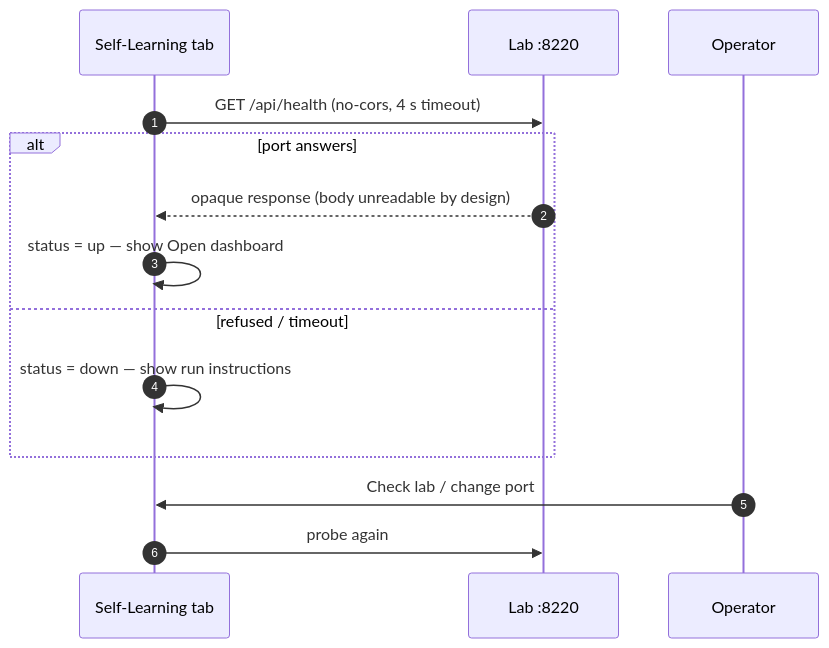
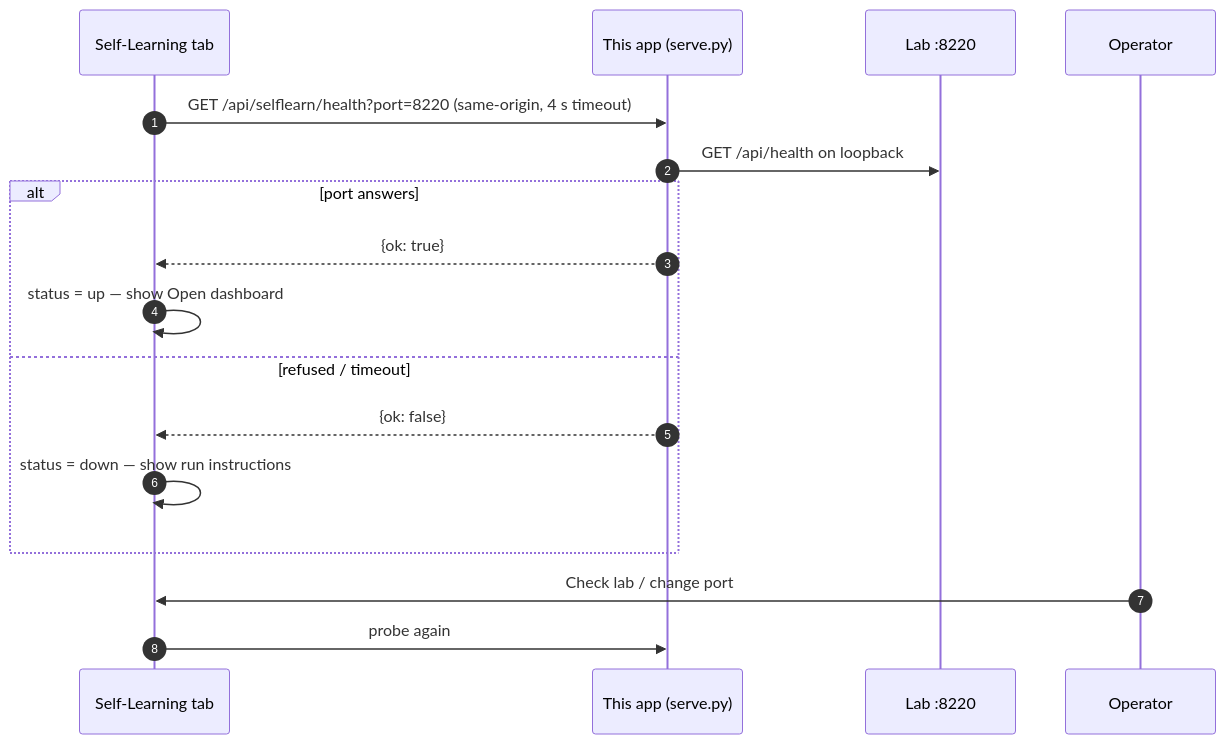
Before and after one commit to harishgovardhandamodar/AI-Agents-Patterns: the third of 4 diagrams in design/11-self-learning-addon.md, drawn with Mermaid. The commit also changed other lines of this file and 21 other files, not shown here.

````diff
--- a/design/11-self-learning-addon.md
+++ b/design/11-self-learning-addon.md
@@ -36,17 +36,20 @@
 ```mermaid
 sequenceDiagram
   autonumber
   participant T as Self-Learning tab
+  participant S as This app (serve.py)
   participant L as Lab :8220
   participant O as Operator
 
-  T->>L: GET /api/health (no-cors, 4 s timeout)
+  T->>S: GET /api/selflearn/health?port=8220 (same-origin, 4 s timeout)
+  S->>L: GET /api/health on loopback
   alt port answers
-    L-->>T: opaque response (body unreadable by design)
+    S-->>T: {ok: true}
     T->>T: status = up — show Open dashboard
   else refused / timeout
+    S-->>T: {ok: false}
     T->>T: status = down — show run instructions
   end
   O->>T: Check lab / change port
-  T->>L: probe again
+  T->>S: probe again
 ```
````
